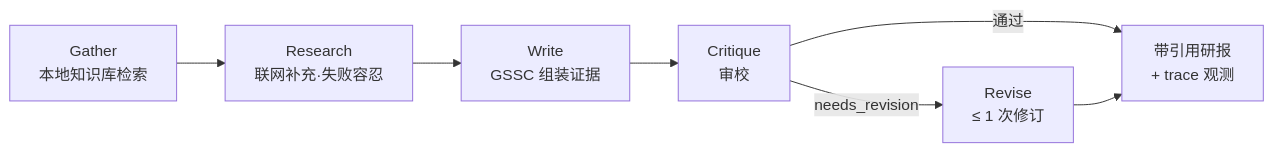
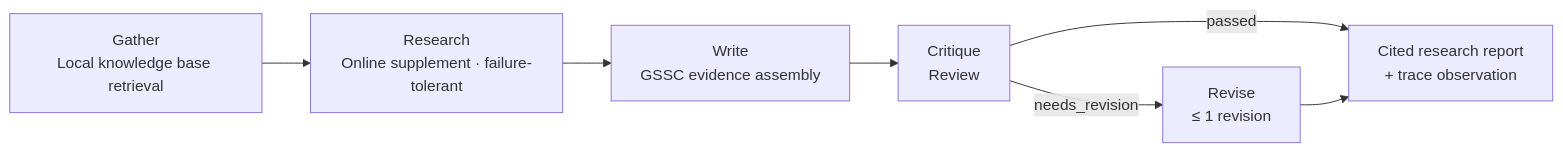
The second of 2 diagrams in README.md (EthyleneC2H4/Cortex), drawn with Mermaid before and after one commit. The commit also changed other lines of this file and 1 other file, not shown here.

````diff
--- a/README.md
+++ b/README.md
@@ -75,9 +58,9 @@
 ```mermaid
 flowchart LR
-    G["Gather<br/>本地知识库检索"] --> R["Research<br/>联网补充·失败容忍"]
-    R --> W["Write<br/>GSSC 组装证据"]
-    W --> C["Critique<br/>审校"]
-    C -->|"needs_revision"| V["Revise<br/>≤ 1 次修订"]
-    C -->|"通过"| D["带引用研报<br/>+ trace 观测"]
+    G["Gather<br/>Local knowledge base retrieval"] --> R["Research<br/>Online supplement · failure-tolerant"]
+    R --> W["Write<br/>GSSC evidence assembly"]
+    W --> C["Critique<br/>Review"]
+    C -->|"needs_revision"| V["Revise<br/>≤ 1 revision"]
+    C -->|"passed"| D["Cited research report<br/>+ trace observation"]
     V --> D
 ```
````
